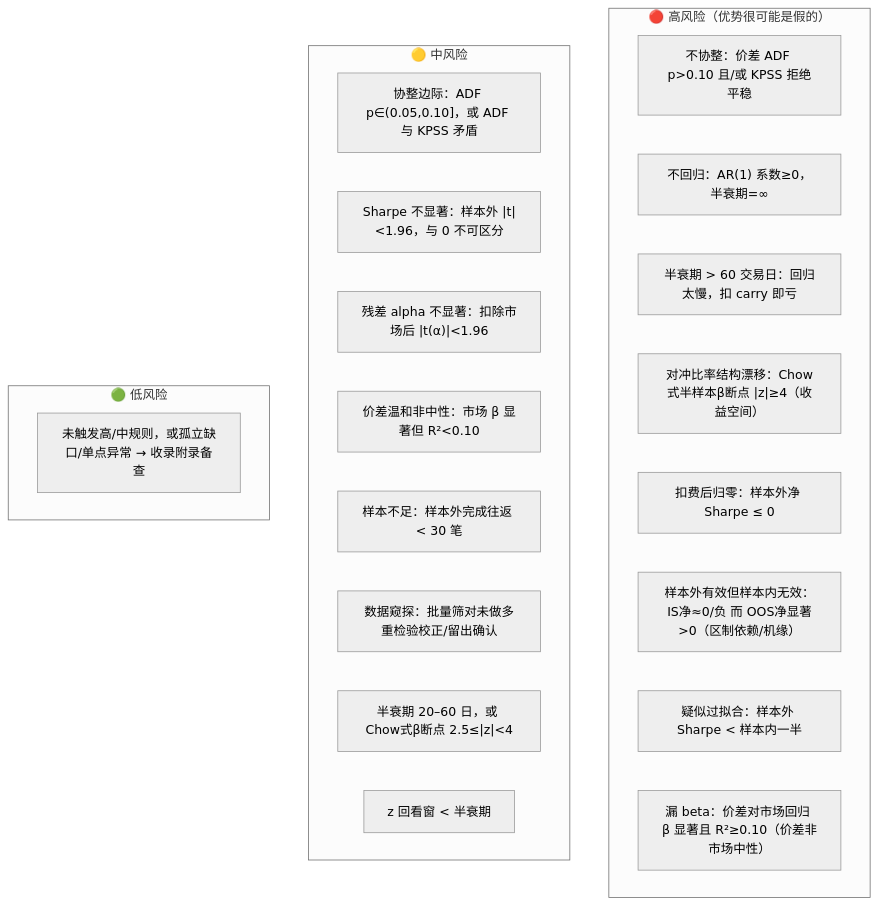
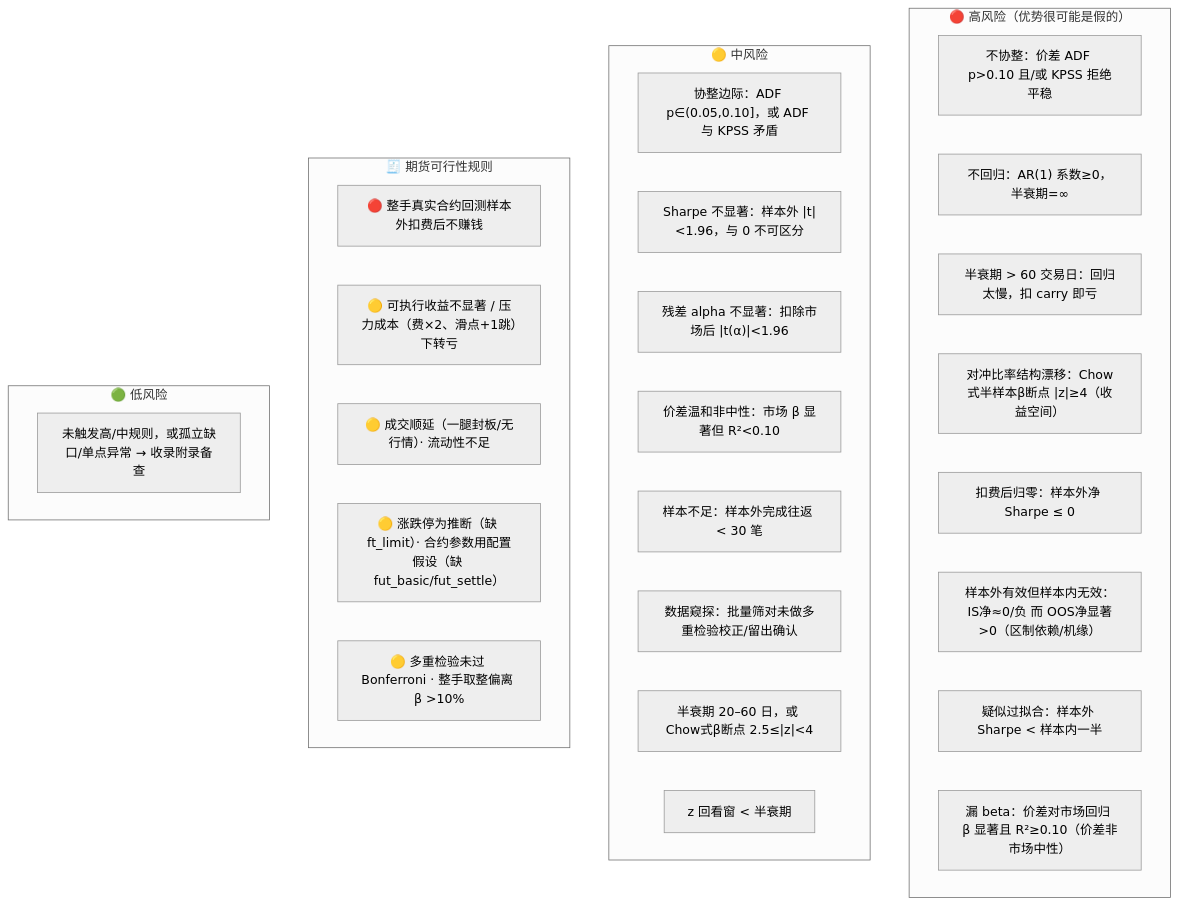
One commit to fitnesses/skill-statistical-arbitrage-time-series changed the second of 2 diagrams in agents/README.md. Above: the diagram before and after it, drawn with Mermaid (neutral theme). The commit also changed other lines of this file and 23 other files, not shown here.

````diff
--- a/agents/README.md
+++ b/agents/README.md
@@ -66,26 +66,33 @@
 ```mermaid
 flowchart TD
     subgraph HIGH["🔴 高风险（优势很可能是假的）"]
         H1["不协整：价差 ADF p>0.10 且/或 KPSS 拒绝平稳"]
         H2["不回归：AR(1) 系数≥0，半衰期=∞"]
         H3["半衰期 > 60 交易日：回归太慢，扣 carry 即亏"]
         H4["对冲比率结构漂移：Chow式半样本β断点 |z|≥4（收益空间）"]
         H5["扣费后归零：样本外净 Sharpe ≤ 0"]
         H6["样本外有效但样本内无效：IS净≈0/负 而 OOS净显著>0（区制依赖/机缘）"]
         H7["疑似过拟合：样本外 Sharpe < 样本内一半"]
         H8["漏 beta：价差对市场回归 β 显著且 R²≥0.10（价差非市场中性）"]
     end
     subgraph MID["🟡 中风险"]
         M1["协整边际：ADF p∈(0.05,0.10]，或 ADF 与 KPSS 矛盾"]
         M2["Sharpe 不显著：样本外 |t|<1.96，与 0 不可区分"]
         M3["残差 alpha 不显著：扣除市场后 |t(α)|<1.96"]
         M4["价差温和非中性：市场 β 显著但 R²<0.10"]
         M5["样本不足：样本外完成往返 < 30 笔"]
         M6["数据窥探：批量筛对未做多重检验校正/留出确认"]
         M7["半衰期 20–60 日，或 Chow式β断点 2.5≤|z|<4"]
         M8["z 回看窗 < 半衰期"]
     end
+    subgraph FUT["🧾 期货可行性规则"]
+        F1["🔴 整手真实合约回测样本外扣费后不赚钱"]
+        F2["🟡 可执行收益不显著 / 压力成本（费×2、滑点+1跳）下转亏"]
+        F3["🟡 成交顺延（一腿封板/无行情）· 流动性不足"]
+        F4["🟡 涨跌停为推断（缺 ft_limit）· 合约参数用配置假设（缺 fut_basic/fut_settle）"]
+        F5["🟡 多重检验未过 Bonferroni · 整手取整偏离 β >10%"]
+    end
     subgraph LOW["🟢 低风险"]
         L1["未触发高/中规则，或孤立缺口/单点异常 → 收录附录备查"]
     end
 ```
````
